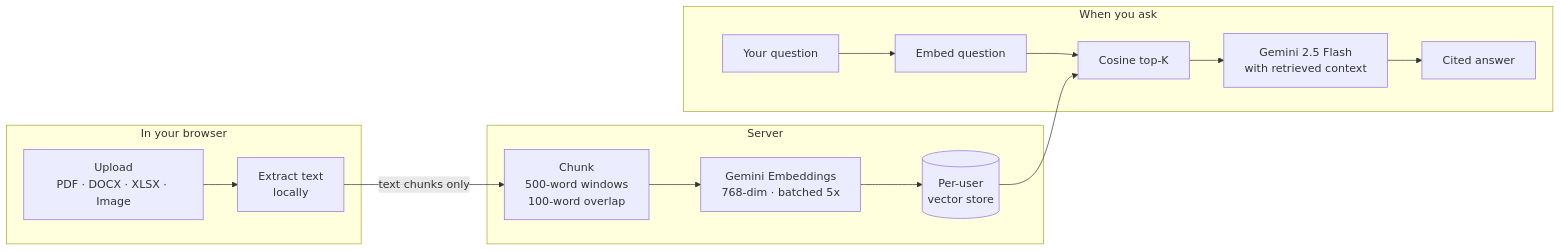
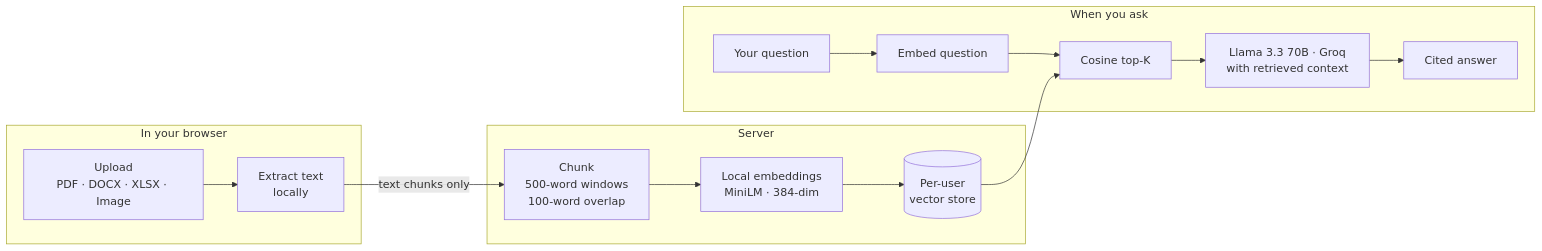
Before and after one commit to ADiTyaRaj8969/AsksDocs: the first of 3 diagrams in README.md, drawn with Mermaid. The commit also changed other lines of this file, not shown here.

Commit message:
docs: update README to reflect Groq + local MiniLM stack

````diff
--- a/README.md
+++ b/README.md
@@ -54,27 +54,27 @@
 ```mermaid
 flowchart LR
   subgraph Browser["In your browser"]
     A[Upload<br/>PDF · DOCX · XLSX · Image]
     B[Extract text<br/>locally]
     A --> B
   end
 
   subgraph Server["Server"]
     C[Chunk<br/>500-word windows<br/>100-word overlap]
-    D[Gemini Embeddings<br/>768-dim · batched 5x]
+    D[Local embeddings<br/>MiniLM · 384-dim]
     E[(Per-user<br/>vector store)]
     B -- text chunks only --> C
     C --> D --> E
   end
 
   subgraph Query["When you ask"]
     F[Your question]
     G[Embed question]
     H[Cosine top-K]
-    I[Gemini 2.5 Flash<br/>with retrieved context]
+    I[Llama 3.3 70B · Groq<br/>with retrieved context]
     F --> G --> H
     E --> H
     H --> I
     I --> J[Cited answer]
   end
 ```
````
